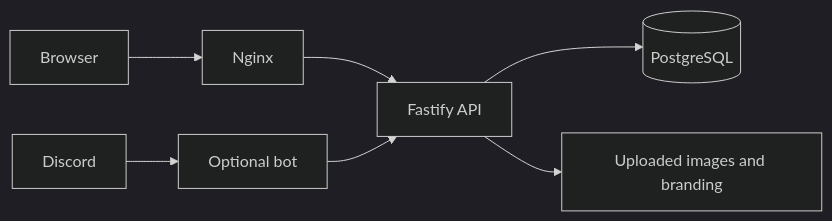
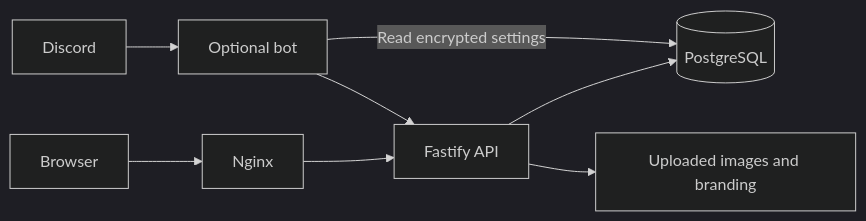
Before and after one commit to KihiraLove/Vardorvis-clan-clog: the diagram in docs/architecture.md, drawn with Mermaid (dark theme). The commit also changed other lines of this file and 44 other files, not shown here.

````diff
--- a/docs/architecture.md
+++ b/docs/architecture.md
@@ -7,9 +7,10 @@
 ```mermaid
 flowchart LR
   Browser --> Nginx
   Nginx --> API[Fastify API]
   Discord --> Bot[Optional bot]
   Bot --> API
   API --> DB[(PostgreSQL)]
+  Bot -->|Read encrypted settings| DB
   API --> Files[Uploaded images and branding]
 ```
````
